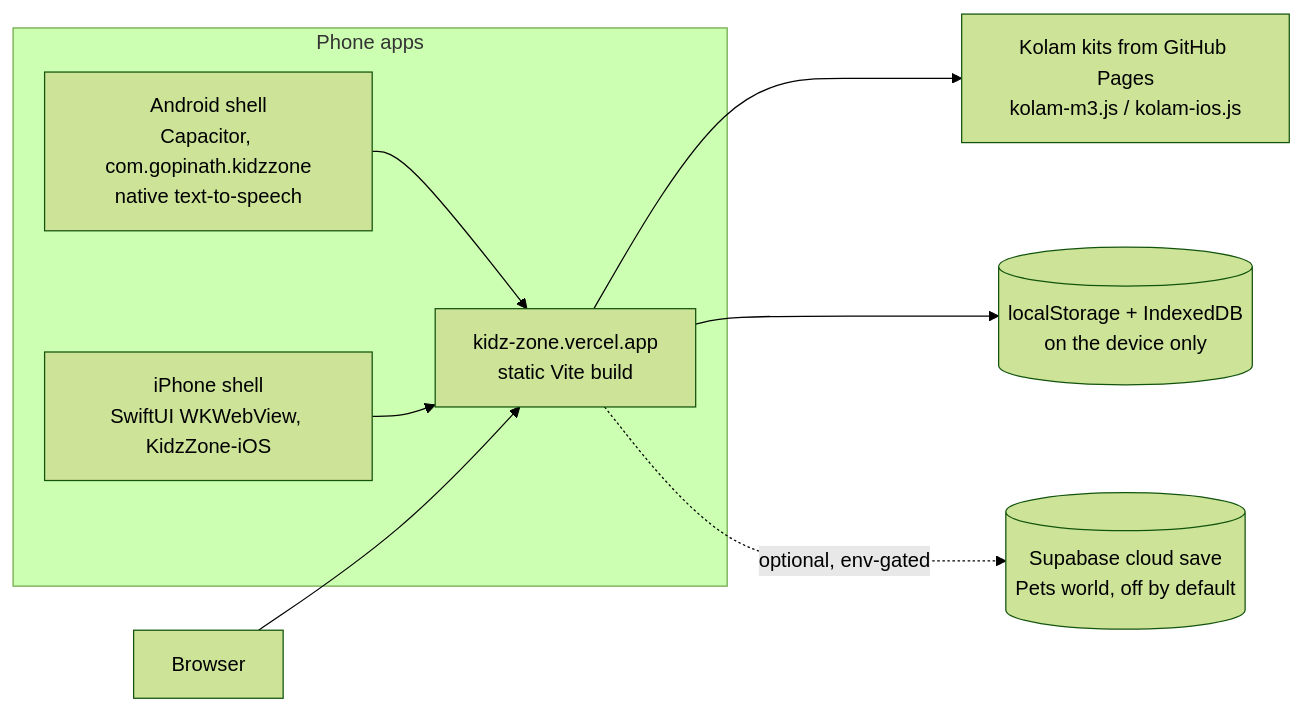
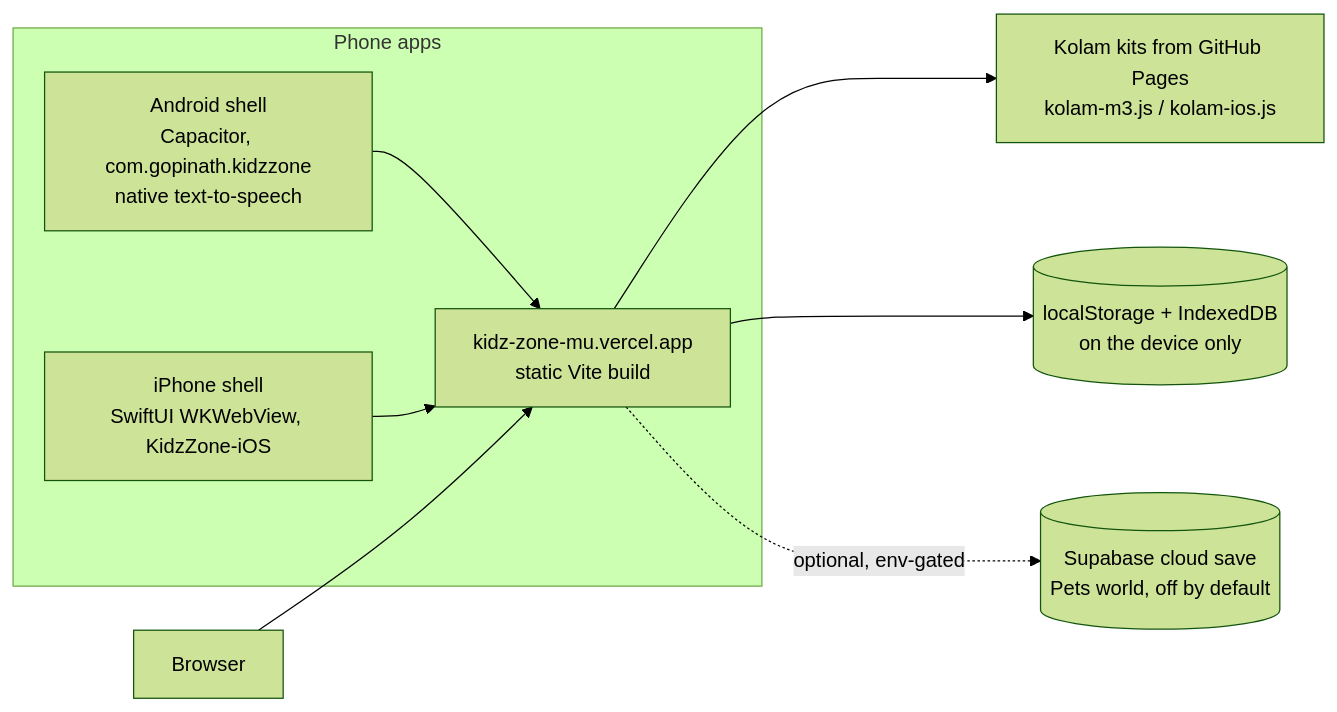
Before and after one commit to tgopinath/kidz-zone: the first of 4 diagrams in ARCHITECTURE.md, drawn with Mermaid (forest theme). The commit also changed other lines of this file and 25 other files, not shown here.

Commit message:
Portfolio assets (phone and iPhone pages, screenshots, card notes), README, architecture; Garden keeps its green; Pets title contrast

````diff
--- a/ARCHITECTURE.md
+++ b/ARCHITECTURE.md
@@ -11,11 +11,11 @@
 ```mermaid
 flowchart LR
   subgraph Phone apps
     A[Android shell<br/>Capacitor, com.gopinath.kidzzone<br/>native text-to-speech] --> L
     I[iPhone shell<br/>SwiftUI WKWebView, KidzZone-iOS] --> L
   end
-  B[Browser] --> L[kidz-zone.vercel.app<br/>static Vite build]
+  B[Browser] --> L[kidz-zone-mu.vercel.app<br/>static Vite build]
   L --> K[Kolam kits from GitHub Pages<br/>kolam-m3.js / kolam-ios.js]
   L --> S[(localStorage + IndexedDB<br/>on the device only)]
   L -. optional, env-gated .-> SB[(Supabase cloud save<br/>Pets world, off by default)]
 ```
````
